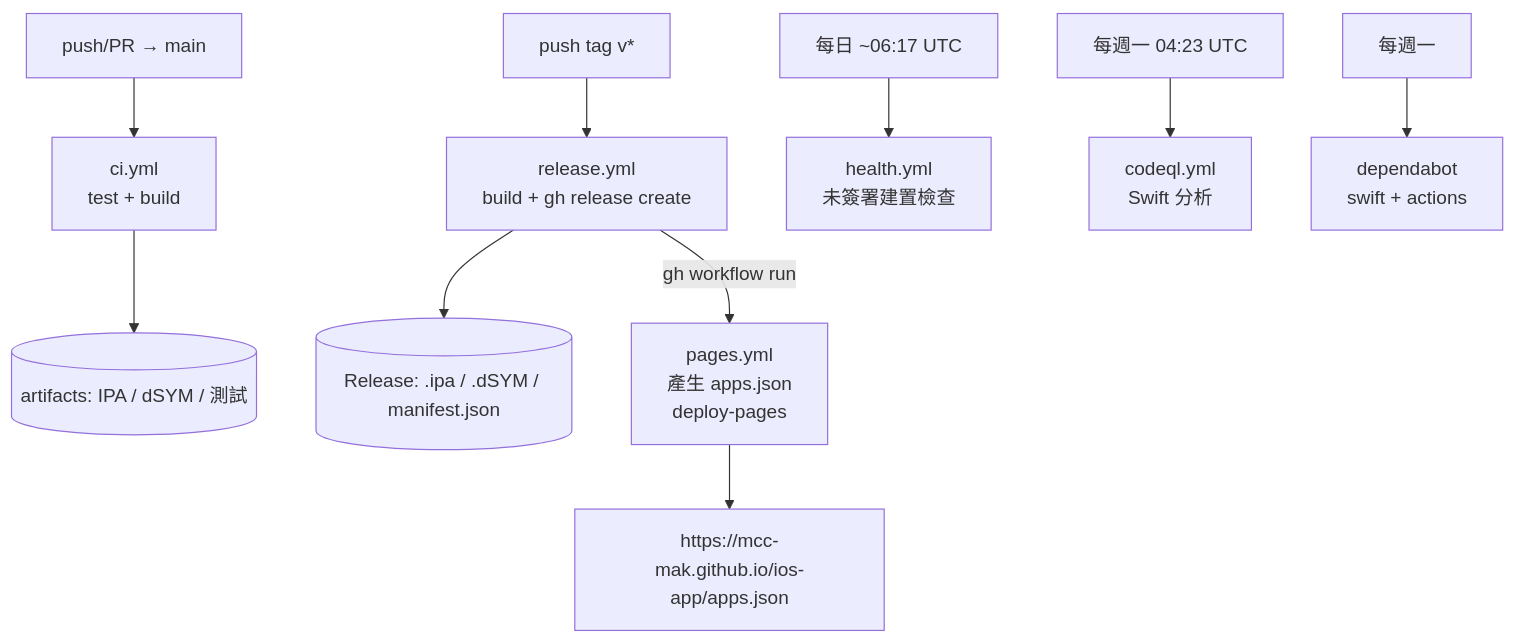
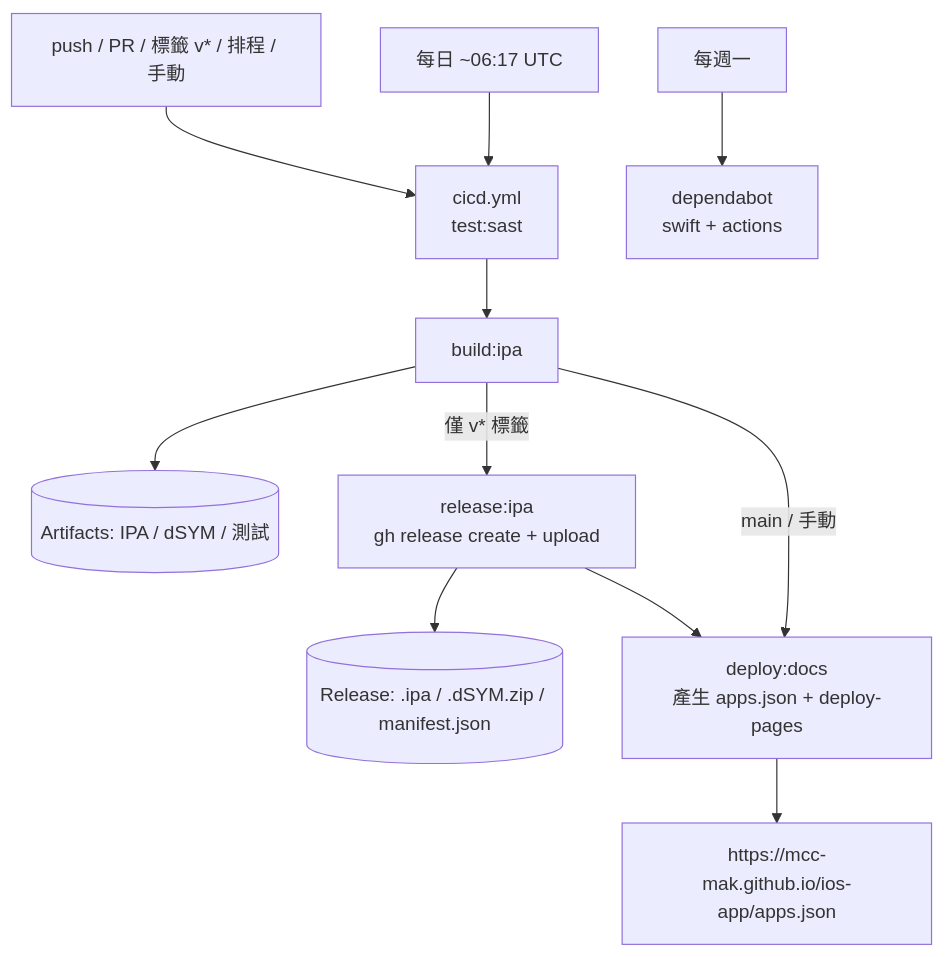
Before and after one commit to Mcc-Mak/ios-app: the first of 2 diagrams in docbase/architecture.md, drawn with Mermaid. The commit also changed other lines of this file and 28 other files, not shown here.

First line of the commit message:
feat: 整併為單一工作流程 cicd.yml 並重寫入口網站側載教學

````diff
--- a/docbase/architecture.md
+++ b/docbase/architecture.md
@@ -7,12 +7,13 @@
 ```mermaid
 flowchart TD
-  A["push/PR → main"] --> B["ci.yml<br/>test + build"]
-  B --> C[("artifacts: IPA / dSYM / 測試")]
-  T["push tag v*"] --> D["release.yml<br/>build + gh release create"]
-  D --> E[("Release: .ipa / .dSYM / manifest.json")]
-  D -->|"gh workflow run"| F["pages.yml<br/>產生 apps.json<br/>deploy-pages"]
-  F --> G["https://mcc-mak.github.io/ios-app/apps.json"]
-  H["每日 ~06:17 UTC"] --> I["health.yml<br/>未簽署建置檢查"]
-  J["每週一 04:23 UTC"] --> K["codeql.yml<br/>Swift 分析"]
-  L["每週一"] --> M["dependabot<br/>swift + actions"]
+  A["push / PR / 標籤 v* / 排程 / 手動"] --> B["cicd.yml<br/>test:sast"]
+  B --> C["build:ipa"]
+  C --> D[("Artifacts: IPA / dSYM / 測試")]
+  C -->|"僅 v* 標籤"| E["release:ipa<br/>gh release create + upload"]
+  E --> F[("Release: .ipa / .dSYM.zip / manifest.json")]
+  E --> G["deploy:docs<br/>產生 apps.json + deploy-pages"]
+  C -->|"main / 手動"| G
+  G --> H["https://mcc-mak.github.io/ios-app/apps.json"]
+  I["每日 ~06:17 UTC"] --> B
+  J["每週一"] --> K["dependabot<br/>swift + actions"]
 ```
````
